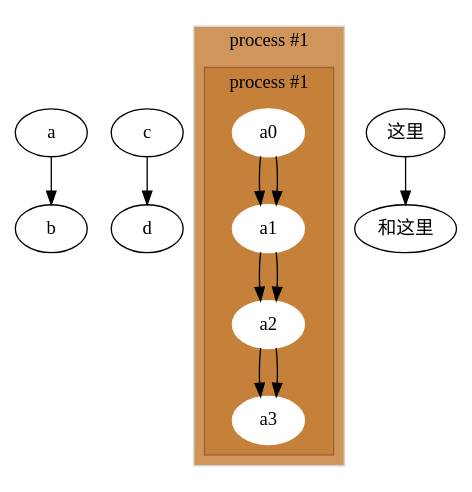
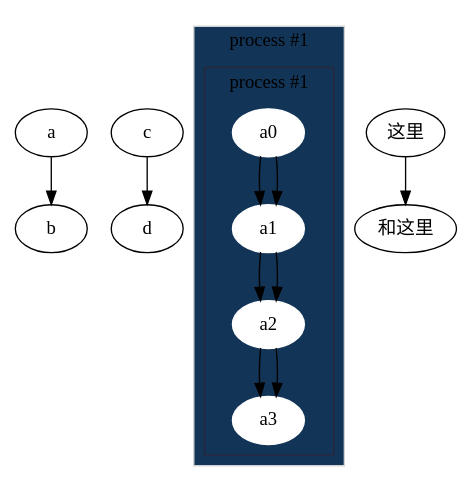
Before and after one commit to Qiu-Weidong/vscode-graphviz-extension: the diagram in examples/main.dot, drawn with Graphviz. The commit also changed 12 other files, not shown here.

```diff
--- a/examples/main.dot
+++ b/examples/main.dot
@@ -1,31 +1,35 @@
 digraph {
     a -> b;
     c -> d;
     
+    fillcolor = "#d8787800";
     fillcolor = "#93210a";
     fillcolor = "#c37b33cc";
+    
+
+    fillcolor = "#123456";
     
     subgraph cluster_0 {
 		style=filled;
 		color=lightgrey;
 		node [style=filled,color=white];
 		a0 -> a1 -> a2 -> a3;
 		label = "process #1";
 
         subgraph cluster_0 {
             style=filled;
             color="#5c0e0e58";
             node [style=filled,color="#2b16edff"];
             a0 -> a1 -> a2 -> a3;
             label = "process #1";
 	    }
 	}
 
     "这里" -> "和这里";
     
     // fillcolor="#142614";
     /*
     多行注释好像不行
     */
     
 }
```
